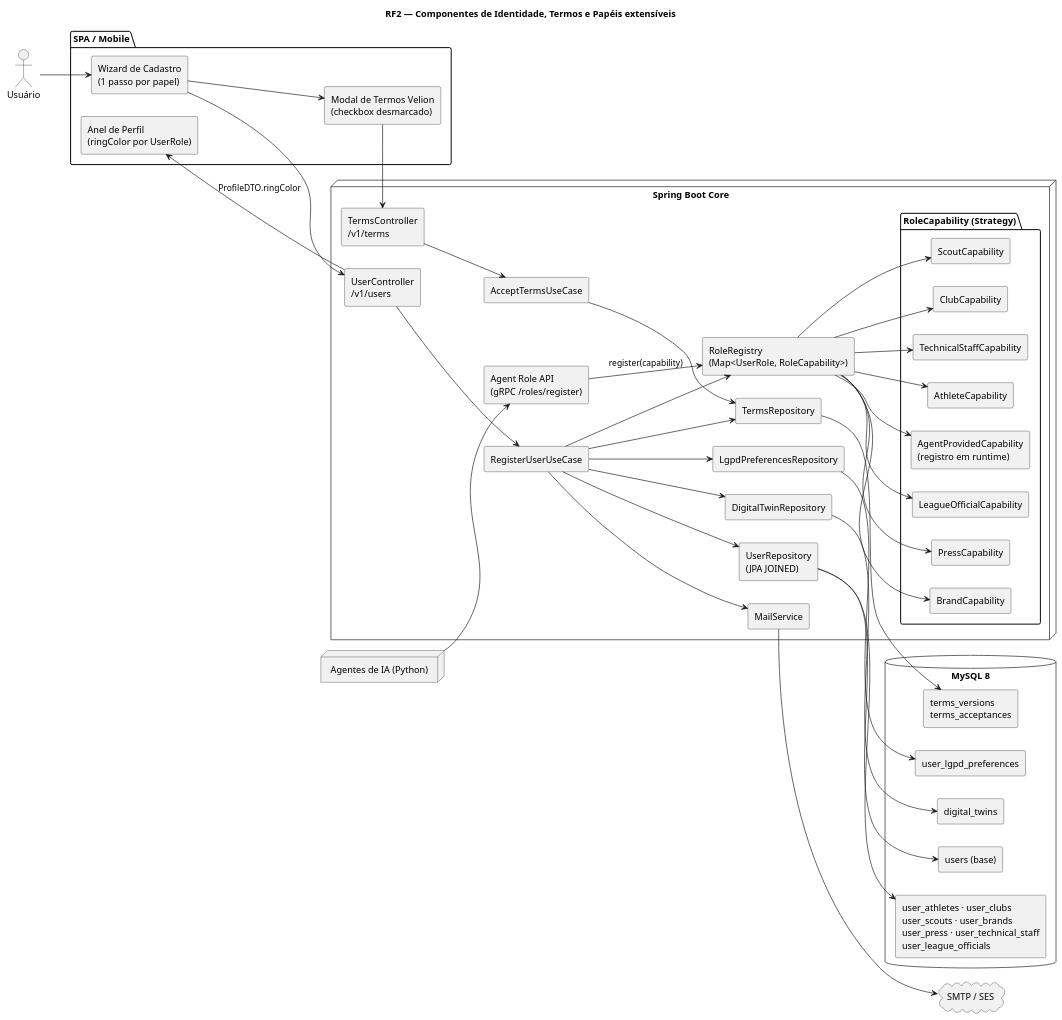
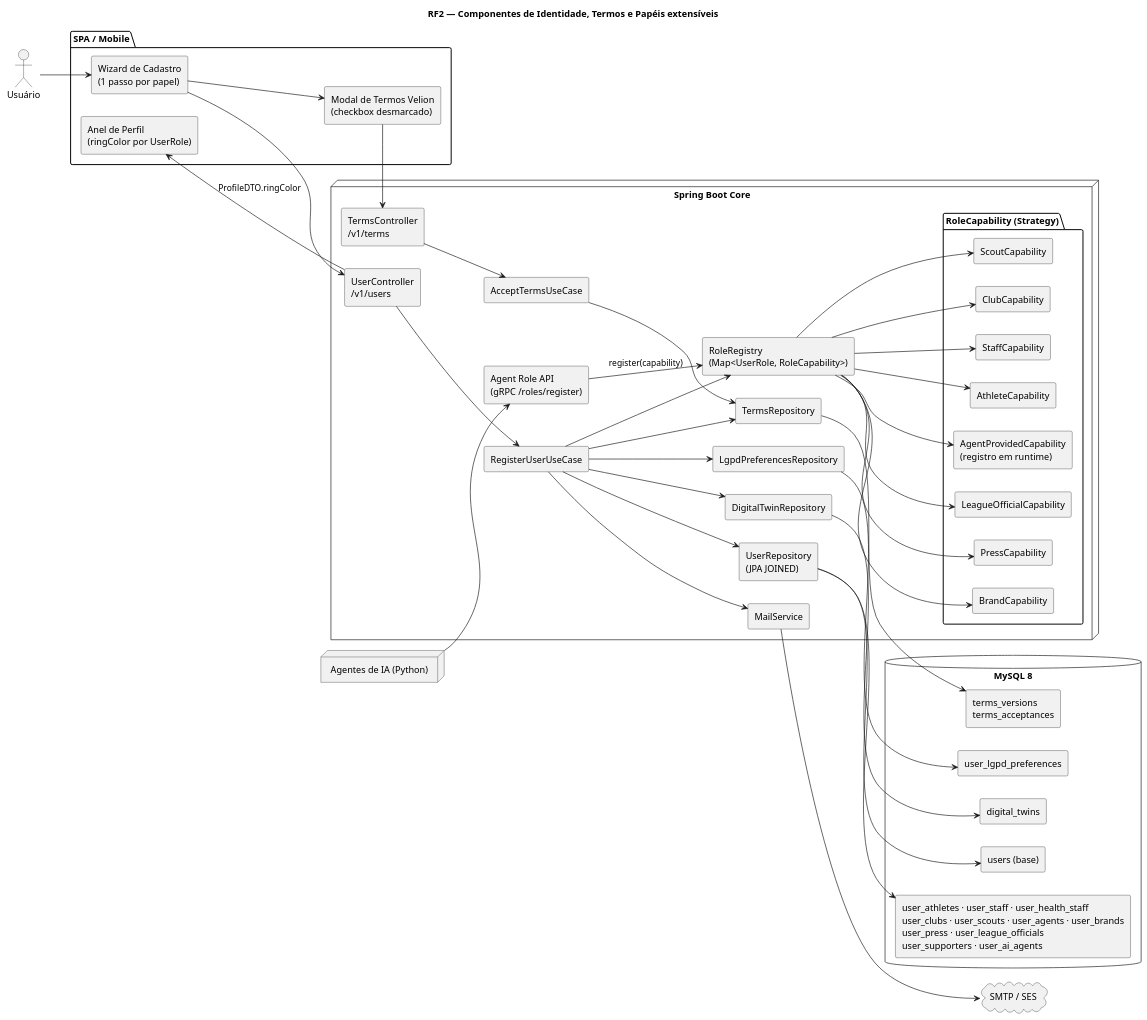
The diagram in docs/diagrams/rf2-identity/component.puml (MatheusHaliski/futebol_social), drawn with PlantUML before and after one commit. The commit also changed 7 other files, not shown here.

First line of the commit message:
docs: consolidate research into spec, taxonomy, card anatomy and diagrams

```diff
--- a/docs/diagrams/rf2-identity/component.puml
+++ b/docs/diagrams/rf2-identity/component.puml
@@ -1,78 +1,78 @@
 @startuml rf2_component
 title RF2 — Componentes de Identidade, Termos e Papéis extensíveis
 skinparam componentStyle rectangle
 left to right direction
 
 actor Usuário as U
 node "Agentes de IA (Python)" as Agents
 
 package "SPA / Mobile" {
   component "Wizard de Cadastro\n(1 passo por papel)" as Wiz
   component "Modal de Termos Velion\n(checkbox desmarcado)" as Terms
   component "Anel de Perfil\n(ringColor por UserRole)" as Ring
 }
 
 node "Spring Boot Core" {
   component "UserController\n/v1/users" as UC
   component "TermsController\n/v1/terms" as TC
   component "RegisterUserUseCase" as RUC
   component "AcceptTermsUseCase" as AUC
   component "RoleRegistry\n(Map<UserRole, RoleCapability>)" as RR
   package "RoleCapability (Strategy)" {
     component "AthleteCapability" as C1
-    component "TechnicalStaffCapability" as C2
+    component "StaffCapability" as C2
     component "ClubCapability" as C3
     component "ScoutCapability" as C4
     component "BrandCapability" as C5
     component "PressCapability" as C6
     component "LeagueOfficialCapability" as C7
     component "AgentProvidedCapability\n(registro em runtime)" as C8
   }
   component "UserRepository\n(JPA JOINED)" as UR
   component "TermsRepository" as TRp
   component "LgpdPreferencesRepository" as LR
   component "DigitalTwinRepository" as DTR
   component "MailService" as Mail
   component "Agent Role API\n(gRPC /roles/register)" as RoleAPI
 }
 
 database "MySQL 8" as DB {
   component "users (base)" as T1
-  component "user_athletes · user_clubs\nuser_scouts · user_brands\nuser_press · user_technical_staff\nuser_league_officials" as T2
+  component "user_athletes · user_staff · user_health_staff\nuser_clubs · user_scouts · user_agents · user_brands\nuser_press · user_league_officials\nuser_supporters · user_ai_agents" as T2
   component "terms_versions\nterms_acceptances" as T3
   component "user_lgpd_preferences" as T4
   component "digital_twins" as T5
 }
 cloud "SMTP / SES" as SMTP
 
 U --> Wiz
 Wiz --> Terms
 Wiz --> UC
 Terms --> TC
 UC --> RUC
 TC --> AUC
 RUC --> RR
 RR --> C1
 RR --> C2
 RR --> C3
 RR --> C4
 RR --> C5
 RR --> C6
 RR --> C7
 RR --> C8
 Agents --> RoleAPI
 RoleAPI --> RR : register(capability)
 RUC --> UR
 RUC --> LR
 RUC --> DTR
 RUC --> TRp
 AUC --> TRp
 RUC --> Mail
 Mail --> SMTP
 UR --> T1
 UR --> T2
 TRp --> T3
 LR --> T4
 DTR --> T5
 UC --> Ring : ProfileDTO.ringColor
 @enduml
```
